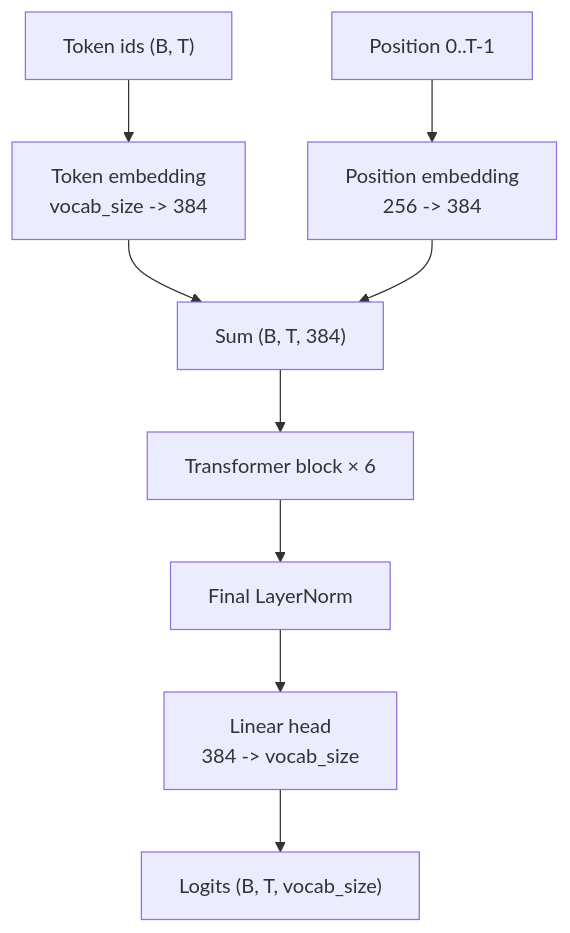
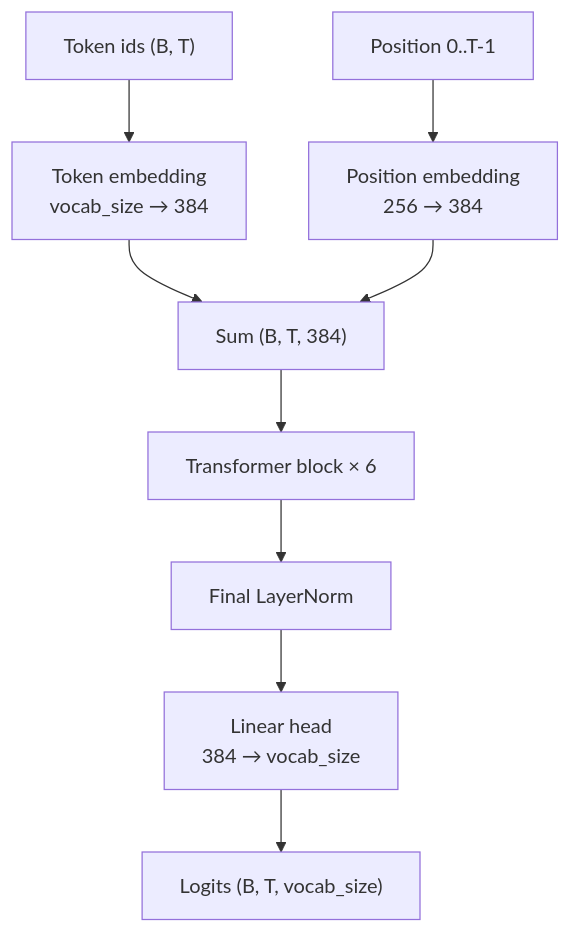
Before and after one commit to eizadhamdan/GPT_from_scratch: the diagram in 03-gpt/README.md, drawn with Mermaid. The commit also changed other lines of this file, not shown here.

````diff
--- a/03-gpt/README.md
+++ b/03-gpt/README.md
@@ -198,11 +198,11 @@
 ```mermaid
 flowchart TD
-    A["Token ids (B, T)"] --> B["Token embedding\nvocab_size -> 384"]
-    P["Position 0..T-1"] --> C["Position embedding\n256 -> 384"]
+    A["Token ids (B, T)"] --> B["Token embedding<br/>vocab_size → 384"]
+    P["Position 0..T-1"] --> C["Position embedding<br/>256 → 384"]
     B --> D["Sum (B, T, 384)"]
     C --> D
     D --> E["Transformer block × 6"]
     E --> F["Final LayerNorm"]
-    F --> G["Linear head\n384 -> vocab_size"]
+    F --> G["Linear head<br/>384 → vocab_size"]
     G --> H["Logits (B, T, vocab_size)"]
 ```
````
